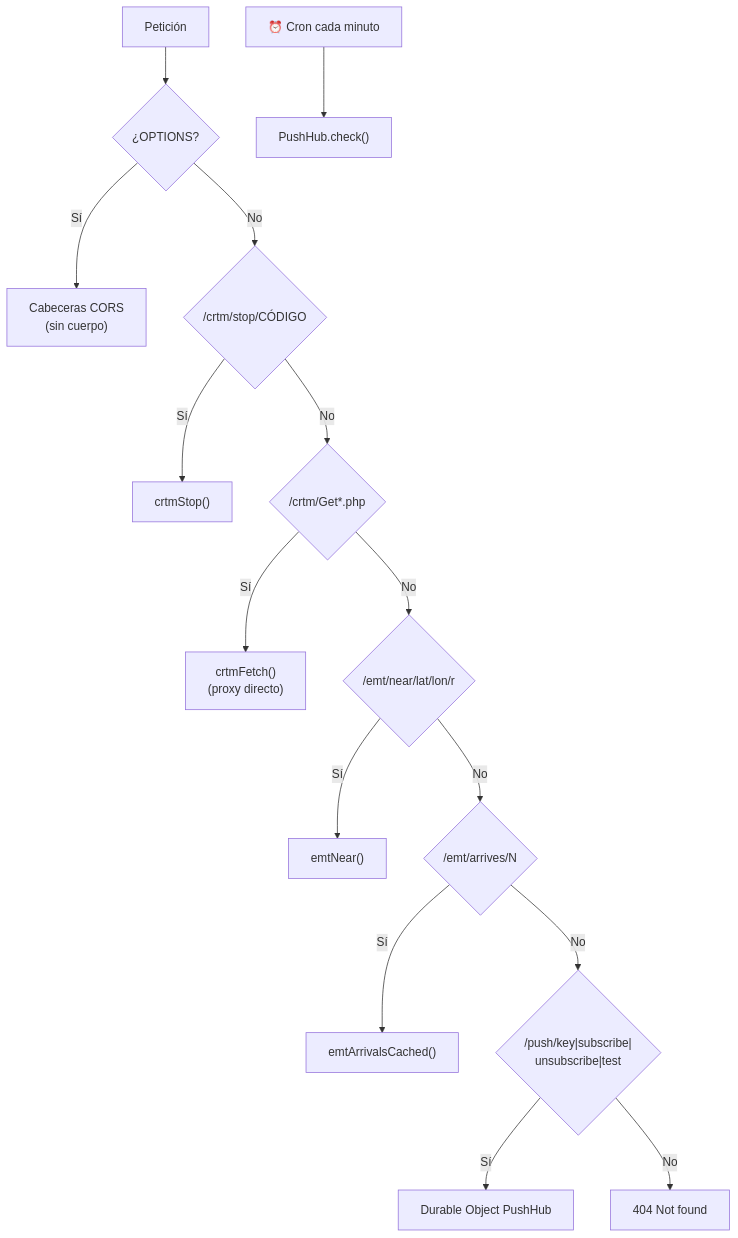
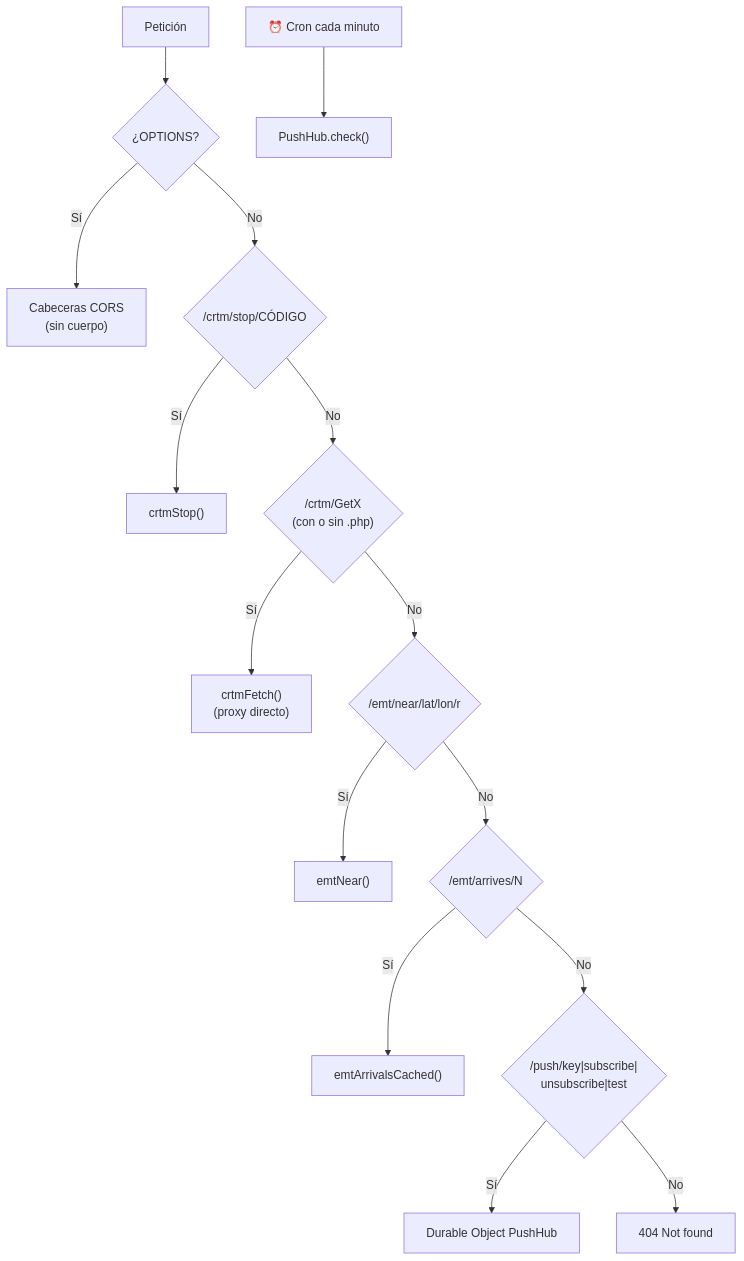
One commit to serbenda/marquesina changed diagram 17 of 33 in docs/REFERENCIA.md. Above: the diagram before and after it, drawn with Mermaid. The commit also changed other lines of this file and 19 other files, not shown here.

````diff
--- a/docs/REFERENCIA.md
+++ b/docs/REFERENCIA.md
@@ -472,17 +474,17 @@
 ```mermaid
 flowchart TB
   IN["Petición"] --> O{"¿OPTIONS?"}
   O -- "Sí" --> CORS["Cabeceras CORS<br/>(sin cuerpo)"]
   O -- "No" --> R1{"/crtm/stop/CÓDIGO"}
   R1 -- "Sí" --> H1["crtmStop()"]
-  R1 -- "No" --> R2{"/crtm/Get*.php"}
+  R1 -- "No" --> R2{"/crtm/GetX<br/>(con o sin .php)"}
   R2 -- "Sí" --> H2["crtmFetch()<br/>(proxy directo)"]
   R2 -- "No" --> R3{"/emt/near/lat/lon/r"}
   R3 -- "Sí" --> H3["emtNear()"]
   R3 -- "No" --> R4{"/emt/arrives/N"}
   R4 -- "Sí" --> H4["emtArrivalsCached()"]
   R4 -- "No" --> R5{"/push/key|subscribe|<br/>unsubscribe|test"}
   R5 -- "Sí" --> H5["Durable Object PushHub"]
   R5 -- "No" --> NF["404 Not found"]
   CRON["⏰ Cron cada minuto"] --> CHK["PushHub.check()"]
 ```
````
